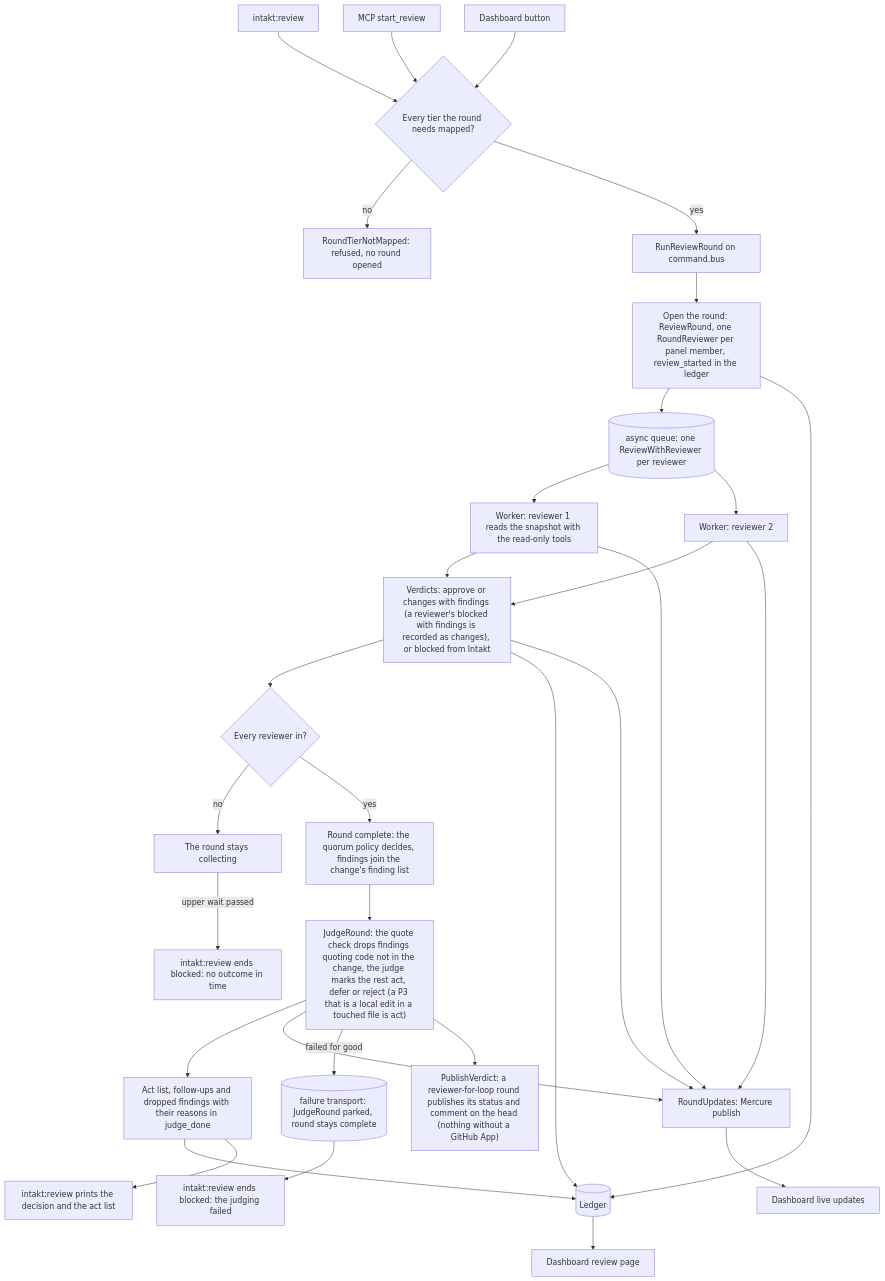
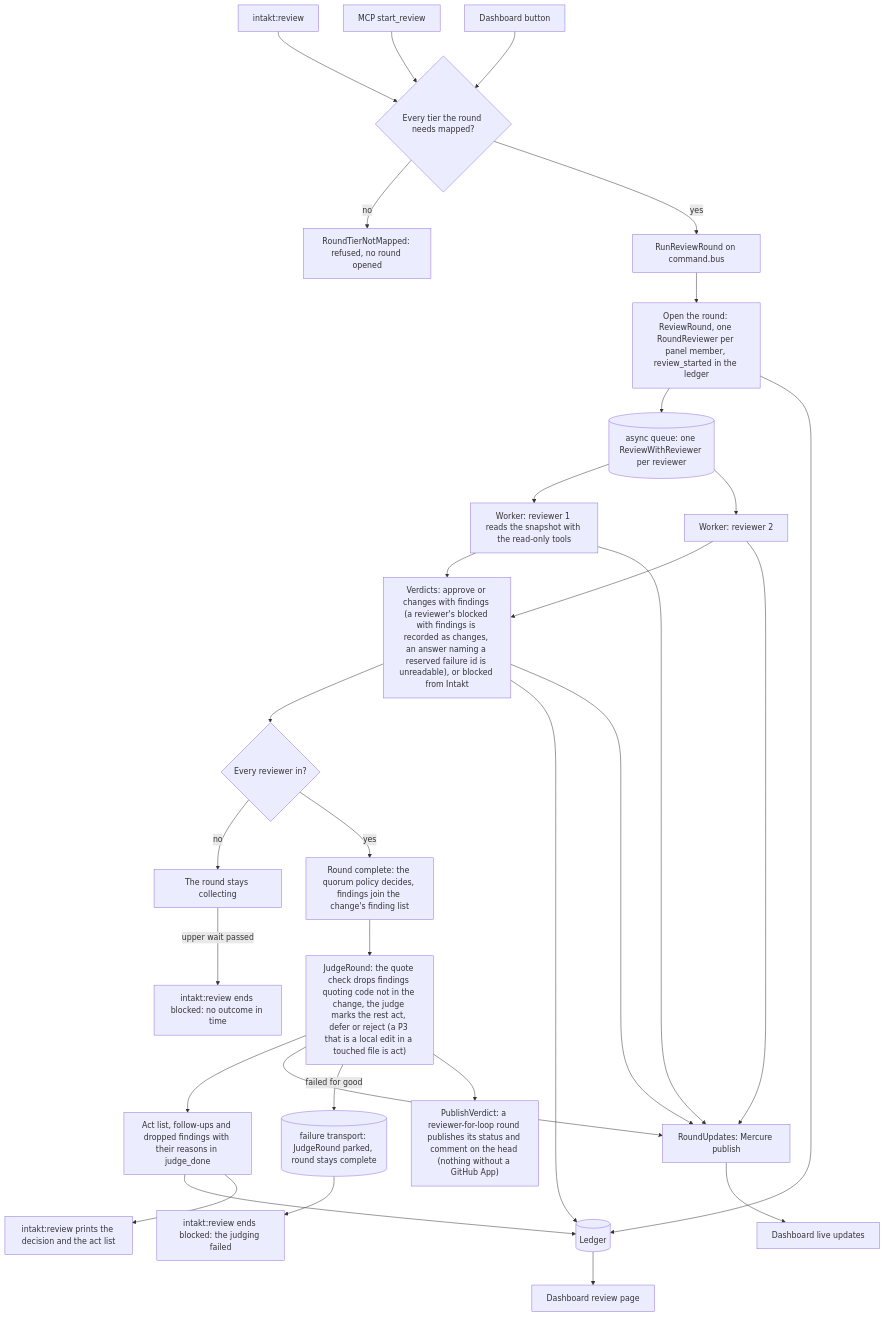
Before and after one commit to shinyredapples/intakt: the diagram in docs/architecture/review-flow.md, drawn with Mermaid. The commit also changed 7 other files, not shown here.

Commit message:
docs(review): state the reserved failure id refusal in the design, spec, guides and user docs

````diff
--- a/docs/architecture/review-flow.md
+++ b/docs/architecture/review-flow.md
@@ -5,32 +5,32 @@
 ```mermaid
 flowchart TD
     cli["intakt:review"] --> start
     mcp["MCP start_review"] --> start
     btn["Dashboard button"] --> start
     start{"Every tier the round needs mapped?"} -->|no| refused["RoundTierNotMapped: refused, no round opened"]
     start -->|yes| run["RunReviewRound on command.bus"] --> open["Open the round: ReviewRound, one RoundReviewer per panel member, review_started in the ledger"]
     open --> queue[("async queue: one ReviewWithReviewer per reviewer")]
     queue --> w1["Worker: reviewer 1 reads the snapshot with the read-only tools"]
     queue --> w2["Worker: reviewer 2"]
-    w1 --> verdicts["Verdicts: approve or changes with findings (a reviewer's blocked with findings is recorded as changes), or blocked from Intakt"]
+    w1 --> verdicts["Verdicts: approve or changes with findings (a reviewer's blocked with findings is recorded as changes, an answer naming a reserved failure id is unreadable), or blocked from Intakt"]
     w2 --> verdicts
     verdicts --> complete{"Every reviewer in?"}
     complete -->|no| wait["The round stays collecting"]
     complete -->|yes| quorum["Round complete: the quorum policy decides, findings join the change's finding list"]
     quorum --> judge["JudgeRound: the quote check drops findings quoting code not in the change, the judge marks the rest act, defer or reject (a P3 that is a local edit in a touched file is act)"]
     judge --> act["Act list, follow-ups and dropped findings with their reasons in judge_done"]
     act --> ledger[("Ledger")]
     open --> ledger
     verdicts --> ledger
     ledger --> dash["Dashboard review page"]
     w1 --> updates["RoundUpdates: Mercure publish"]
     w2 --> updates
     verdicts --> updates
     judge --> updates
     updates --> live["Dashboard live updates"]
     act --> out["intakt:review prints the decision and the act list"]
     judge -->|failed for good| failed[("failure transport: JudgeRound parked, round stays complete")]
     failed --> outFailed["intakt:review ends blocked: the judging failed"]
     wait -->|upper wait passed| outLate["intakt:review ends blocked: no outcome in time"]
     judge --> publish["PublishVerdict: a reviewer-for-loop round publishes its status and comment on the head (nothing without a GitHub App)"]
 ```
````
